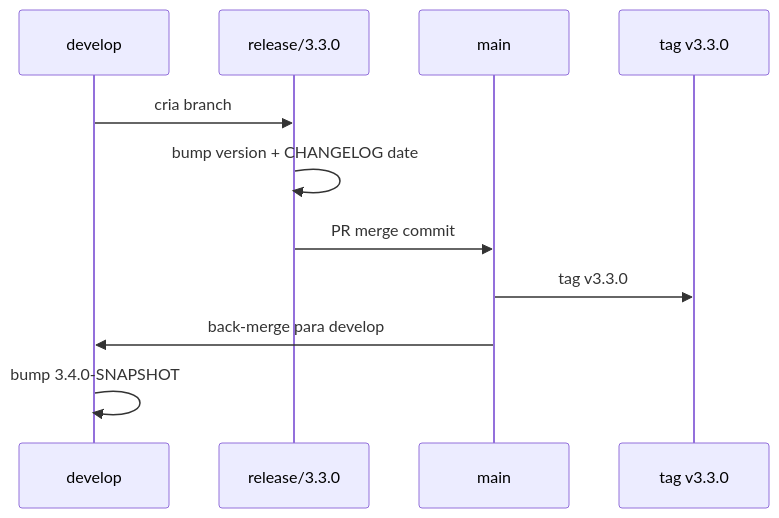
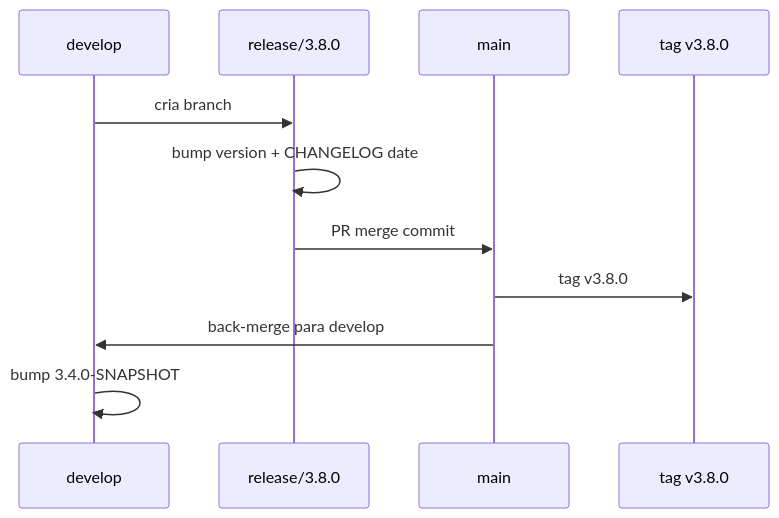
Before and after one commit to edercnj/ia-dev-environment: the diagram in plans/epic-0040/story-0040-0012.md, drawn with Mermaid. The commit also changed other lines of this file and 2 other files, not shown here.

First line of the commit message:
chore(epic-0040): retarget release to 3.8.0

````diff
--- a/plans/epic-0040/story-0040-0012.md
+++ b/plans/epic-0040/story-0040-0012.md
@@ -131,14 +131,14 @@
 ```mermaid
 sequenceDiagram
     participant Dev as develop
-    participant Rel as release/3.3.0
+    participant Rel as release/3.8.0
     participant Main as main
-    participant Tag as tag v3.3.0
+    participant Tag as tag v3.8.0
 
     Dev->>Rel: cria branch
     Rel->>Rel: bump version + CHANGELOG date
     Rel->>Main: PR merge commit
-    Main->>Tag: tag v3.3.0
+    Main->>Tag: tag v3.8.0
     Main->>Dev: back-merge para develop
     Dev->>Dev: bump 3.4.0-SNAPSHOT
 ```
````
